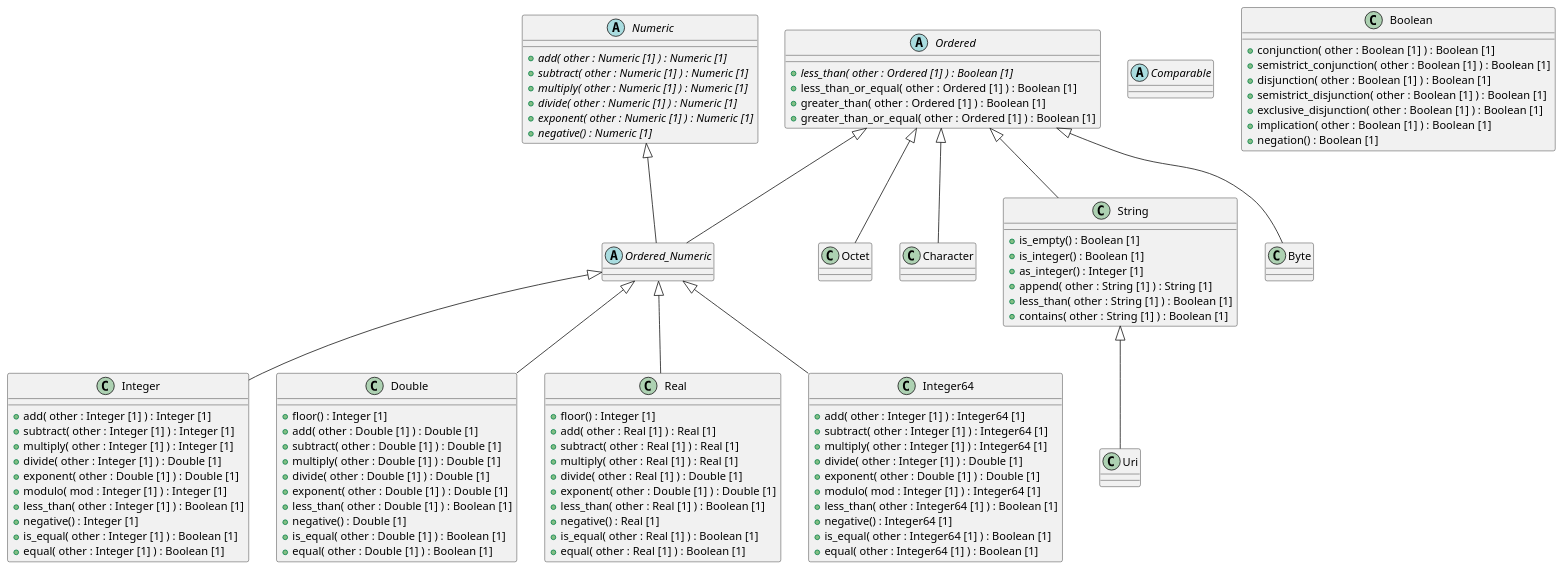
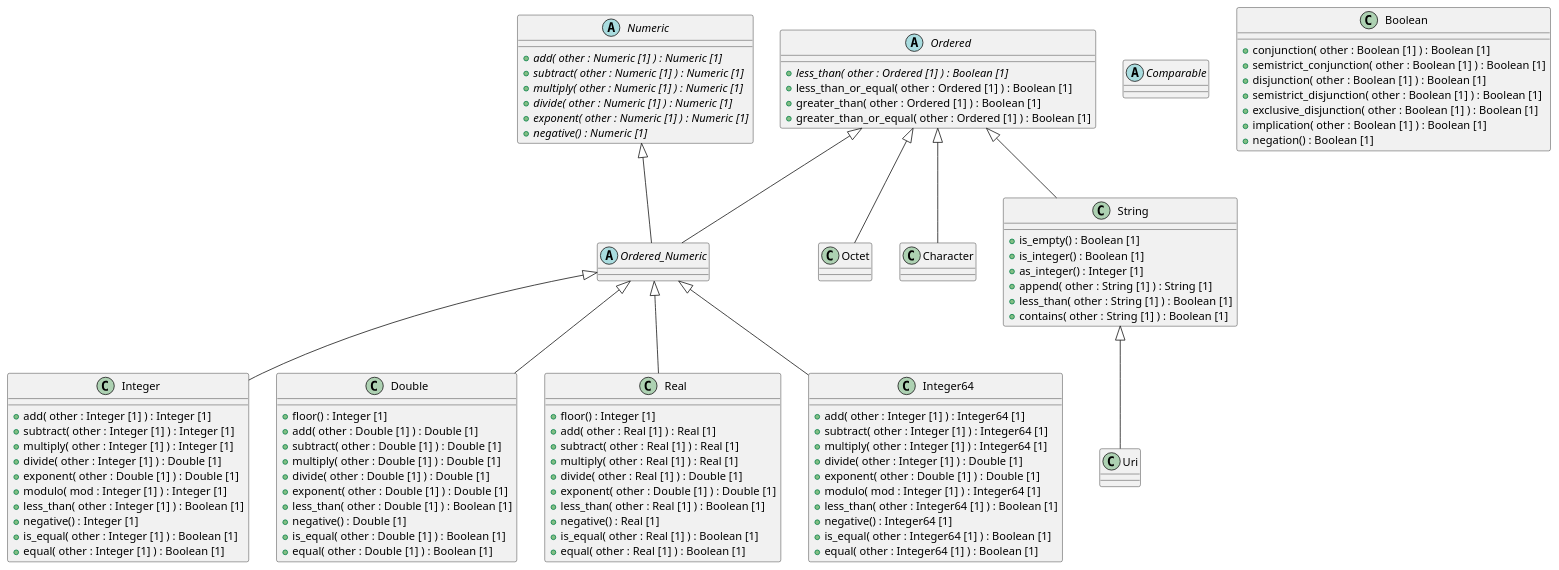
One commit to sebastian-iancu/code-generator changed the diagram in code/Adoc/openehr_base_1.3.0/plantUML/packages/BASE-primitive_types.adoc. Above: the diagram before and after it, drawn with PlantUML. The commit also changed 421 other files, not shown here.

```diff
--- a/code/Adoc/openehr_base_1.3.0/plantUML/packages/BASE-primitive_types.adoc
+++ b/code/Adoc/openehr_base_1.3.0/plantUML/packages/BASE-primitive_types.adoc
@@ -104,9 +104,6 @@
   + greater_than_or_equal( other : Ordered [1] ) : Boolean [1]
 }
 
-class Byte {
-}
-
 String <|-- Uri
 Ordered <|-- Ordered_Numeric
 Numeric <|-- Ordered_Numeric
@@ -117,7 +114,6 @@
 Ordered <|-- String
 Ordered_Numeric <|-- Real
 Ordered_Numeric <|-- Integer64
-Ordered <|-- Byte
 
 @enduml
 -----
```
